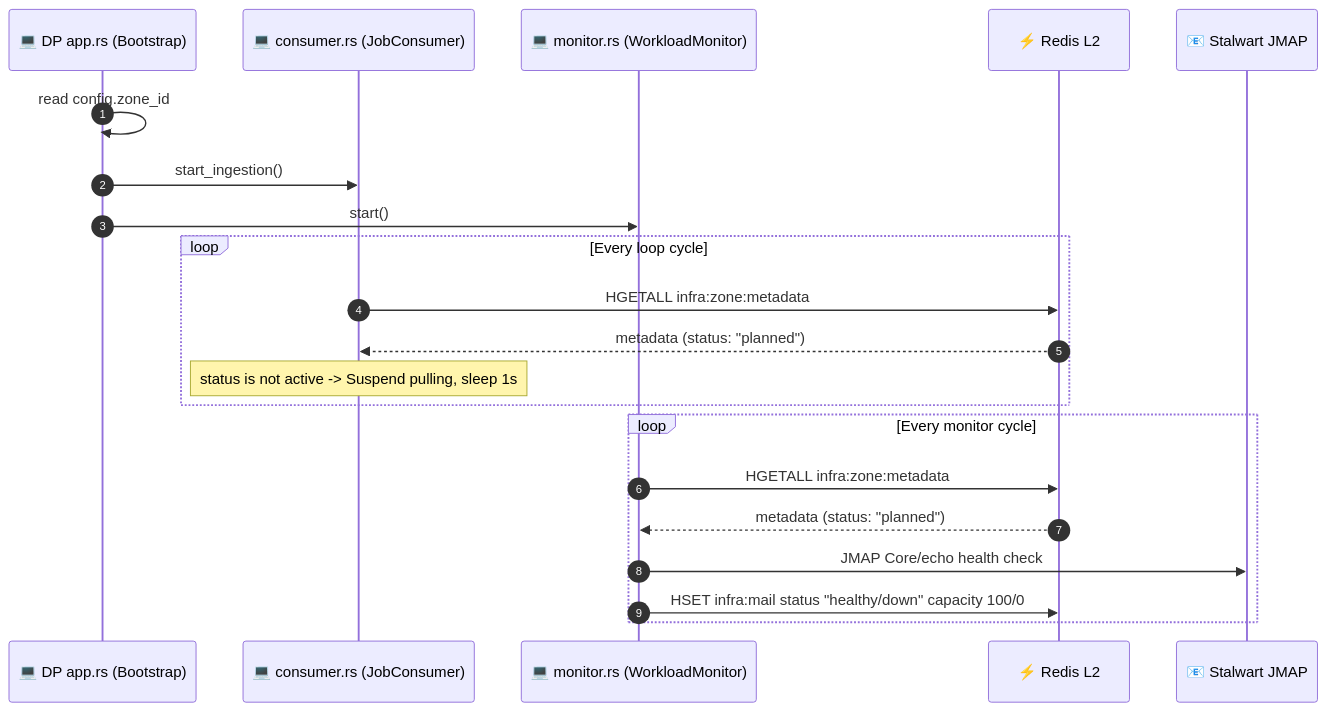
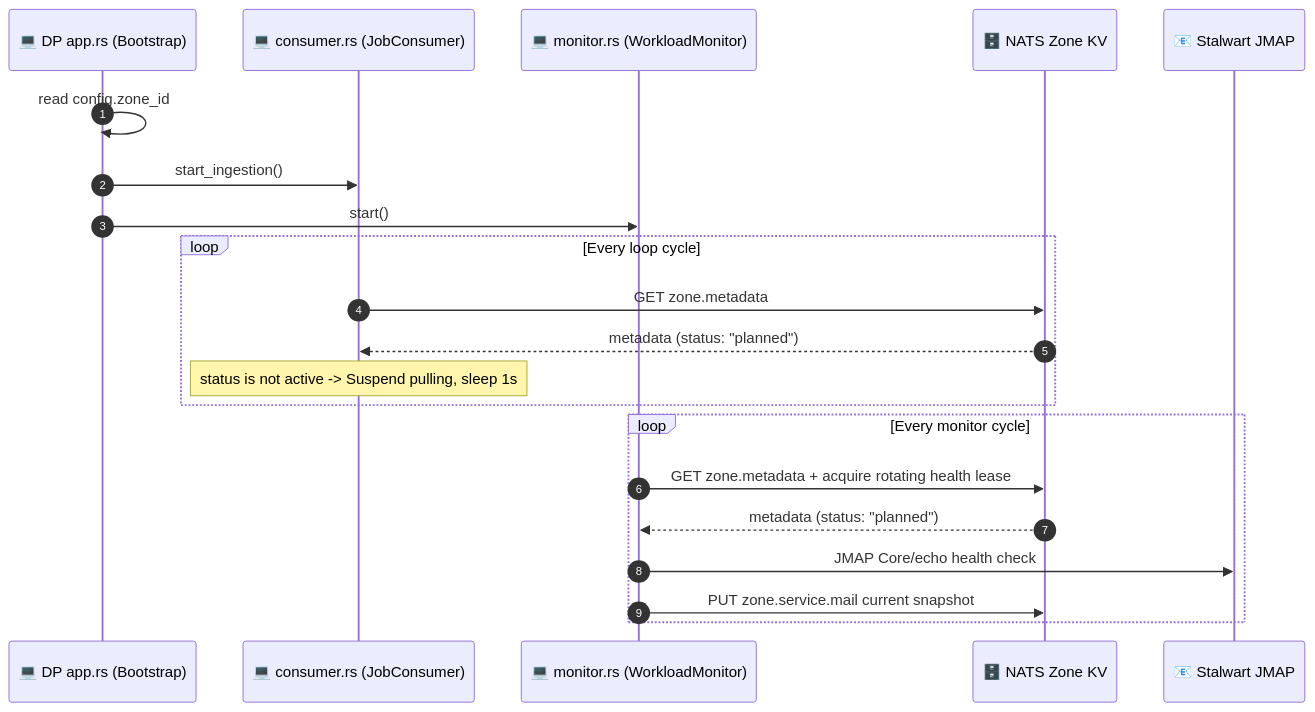
Before and after one commit to phucle996/aurora: the fourth of 21 diagrams in god_view/hierarchy/zone_lifecycle_god_view.md, drawn with Mermaid. The commit also changed other lines of this file and 77 other files, not shown here.

Commit message:
feat: implement mail runtime health monitoring with zone KV lease management and projection tombstones

````diff
--- a/god_view/hierarchy/zone_lifecycle_god_view.md
+++ b/god_view/hierarchy/zone_lifecycle_god_view.md
@@ -287,26 +287,26 @@
 ```mermaid
 sequenceDiagram
     autonumber
     participant App as 💻 DP app.rs (Bootstrap)
     participant Consumer as 💻 consumer.rs (JobConsumer)
     participant Monitor as 💻 monitor.rs (WorkloadMonitor)
-    participant L2 as ⚡ Redis L2
+    participant KV as 🗄️ NATS Zone KV
     participant SW as 📧 Stalwart JMAP
 
     App->>App: read config.zone_id
     App->>Consumer: start_ingestion()
     App->>Monitor: start()
     
     loop Every loop cycle
-        Consumer->>L2: HGETALL infra:zone:metadata
-        L2-->>Consumer: metadata (status: "planned")
+        Consumer->>KV: GET zone.metadata
+        KV-->>Consumer: metadata (status: "planned")
         Note over Consumer: status is not active -> Suspend pulling, sleep 1s
     end
 
     loop Every monitor cycle
-        Monitor->>L2: HGETALL infra:zone:metadata
-        L2-->>Monitor: metadata (status: "planned")
+        Monitor->>KV: GET zone.metadata + acquire rotating health lease
+        KV-->>Monitor: metadata (status: "planned")
         Monitor->>SW: JMAP Core/echo health check
-        Monitor->>L2: HSET infra:mail status "healthy/down" capacity 100/0
+        Monitor->>KV: PUT zone.service.mail current snapshot
     end
 ```
````
